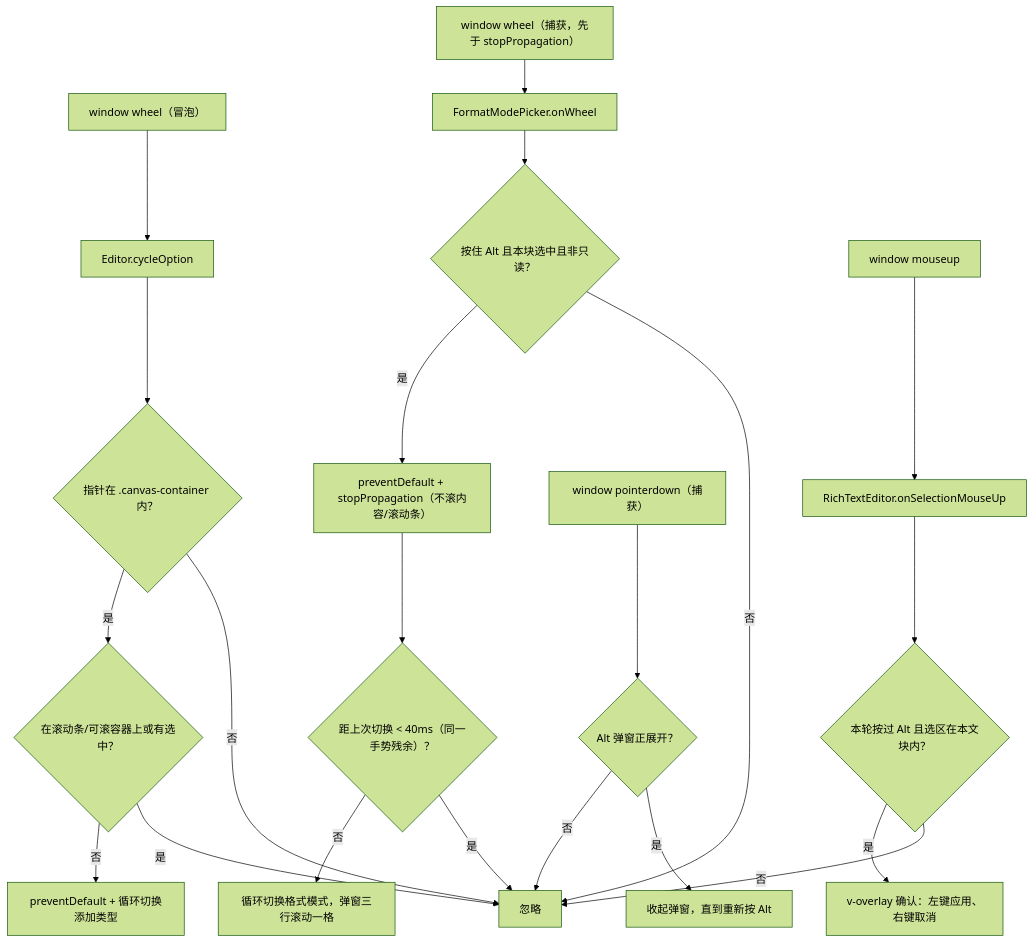
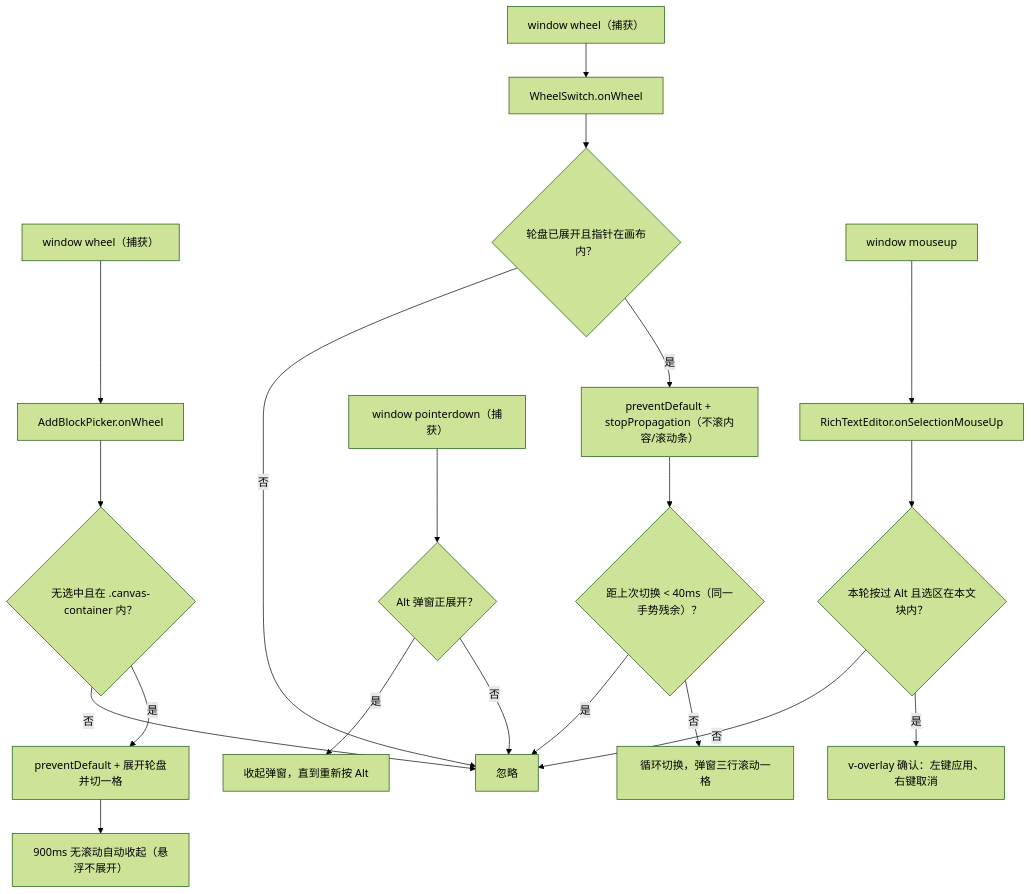
One commit to LogicAurora/Mindrizzle changed the fourth of 4 diagrams in src/docs/flow/07-events-flow.md. Above: the diagram before and after it, drawn with Mermaid (forest theme). The commit also changed other lines of this file and 16 other files, not shown here.

````diff
--- a/src/docs/flow/07-events-flow.md
+++ b/src/docs/flow/07-events-flow.md
@@ -61,26 +61,25 @@
 ```mermaid
 flowchart TD
-  A["window wheel（冒泡）"] --> B["Editor.cycleOption"]
-  B --> C{"指针在 .canvas-container 内？"}
+  A["window wheel（捕获）"] --> B["AddBlockPicker.onWheel"]
+  B --> C{"无选中且在 .canvas-container 内？"}
   C -->|否| Z["忽略"]
-  C -->|是| D{"在滚动条/可滚容器上或有选中？"}
-  D -->|是| Z
-  D -->|否| E["preventDefault + 循环切换添加类型"]
+  C -->|是| D["preventDefault + 展开轮盘并切一格"]
+  D --> D2["900ms 无滚动自动收起（悬浮不展开）"]
 
-  F["window wheel（捕获，先于 stopPropagation）"] --> G["FormatModePicker.onWheel"]
-  G --> H{"按住 Alt 且本块选中且非只读？"}
+  F["window wheel（捕获）"] --> G["WheelSwitch.onWheel"]
+  G --> H{"轮盘已展开且指针在画布内？"}
   H -->|否| Z
   H -->|是| I["preventDefault + stopPropagation（不滚内容/滚动条）"]
   I --> I2{"距上次切换 < 40ms（同一手势残余）？"}
   I2 -->|是| Z
-  I2 -->|否| I3["循环切换格式模式，弹窗三行滚动一格"]
+  I2 -->|否| I3["循环切换，弹窗三行滚动一格"]
 
   P["window pointerdown（捕获）"] --> Q{"Alt 弹窗正展开？"}
   Q -->|是| Q2["收起弹窗，直到重新按 Alt"]
   Q -->|否| Z
 
   K["window mouseup"] --> L["RichTextEditor.onSelectionMouseUp"]
   L --> M{"本轮按过 Alt 且选区在本文块内？"}
   M -->|否| Z
   M -->|是| N["v-overlay 确认：左键应用、右键取消"]
 ```
````
